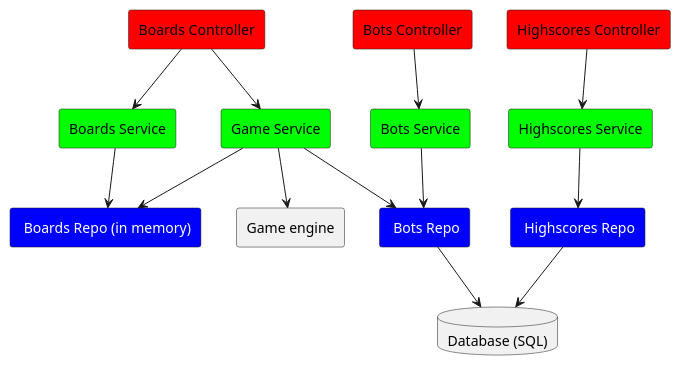
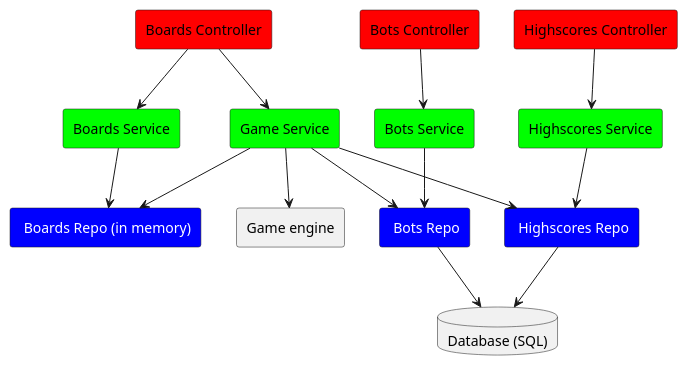
The diagram in wip-files/README.org (Etimo/diamonds), drawn with PlantUML before and after one commit. The commit also changed 1 other file, not shown here.

Commit message:
Add missing arrow

```diff
--- a/wip-files/README.org
+++ b/wip-files/README.org
@@ -22,35 +22,36 @@
    #+begin_src plantuml :file Architecture.png
      @startuml
      rectangle "Boards Controller" as BoardsController #FF0000
      rectangle "Bots Controller" as BotsController #FF0000
      rectangle "Highscores Controller" as HighscoresController #FF0000
      
      rectangle "Boards Service" as BoardsService #00FF00
      rectangle "Game Service" as GameService #00FF00
      rectangle "Bots Service" as BotsService #00FF00
      rectangle "Highscores Service" as HighscoresService #00FF00
 
      rectangle "Game engine" as GameEngine 
 
      rectangle "<color:#FFFFFF> Boards Repo (in memory)" as BoardsRepo #0000FF
      rectangle "<color:#FFFFFF> Bots Repo" as BotsRepo #0000FF
      rectangle "<color:#FFFFFF> Highscores Repo" as HighscoresRepo #0000FF
 
      database "Database (SQL)" as Database
 
      BoardsController --> BoardsService
      BoardsController --> GameService
      BotsController --> BotsService
      HighscoresController --> HighscoresService
     
      BoardsService --> BoardsRepo
      BotsService --> BotsRepo
      GameService --> BotsRepo
      GameService --> BoardsRepo
      GameService --> GameEngine
+     GameService --> HighscoresRepo
      HighscoresService --> HighscoresRepo
      
      BotsRepo --> Database
      HighscoresRepo --> Database
      @enduml
    #+end_src
```
